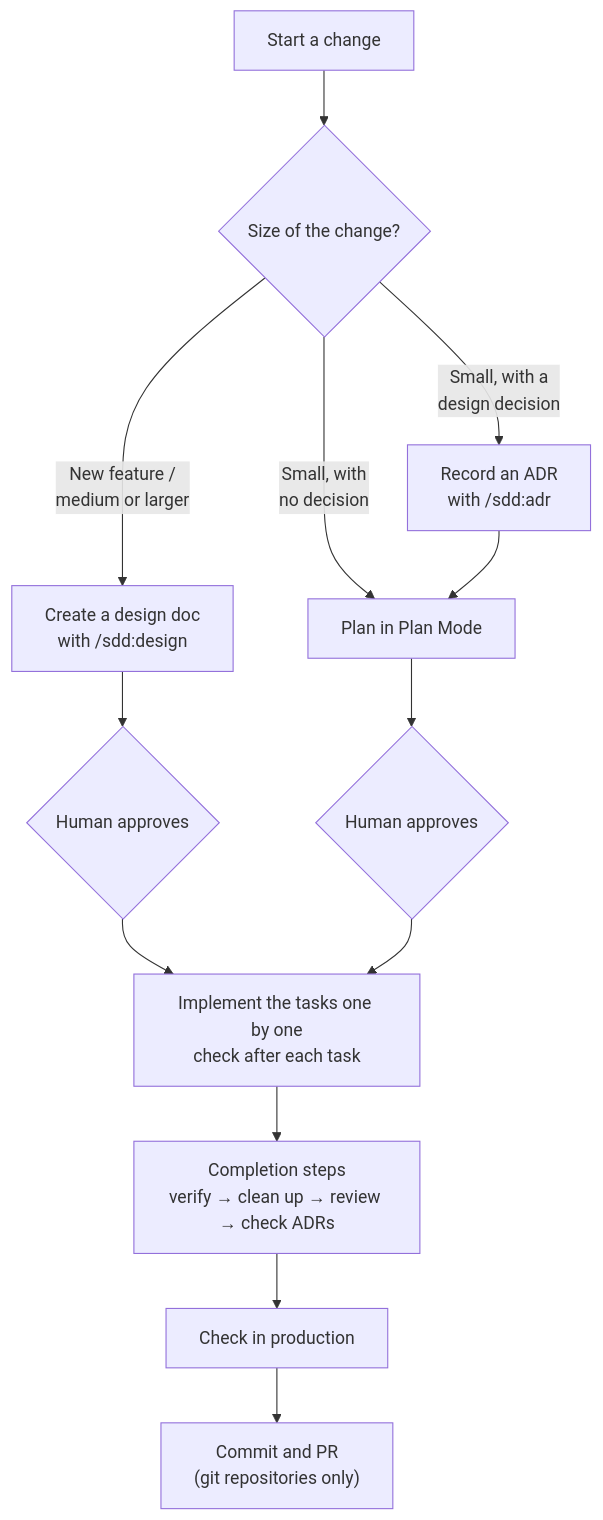
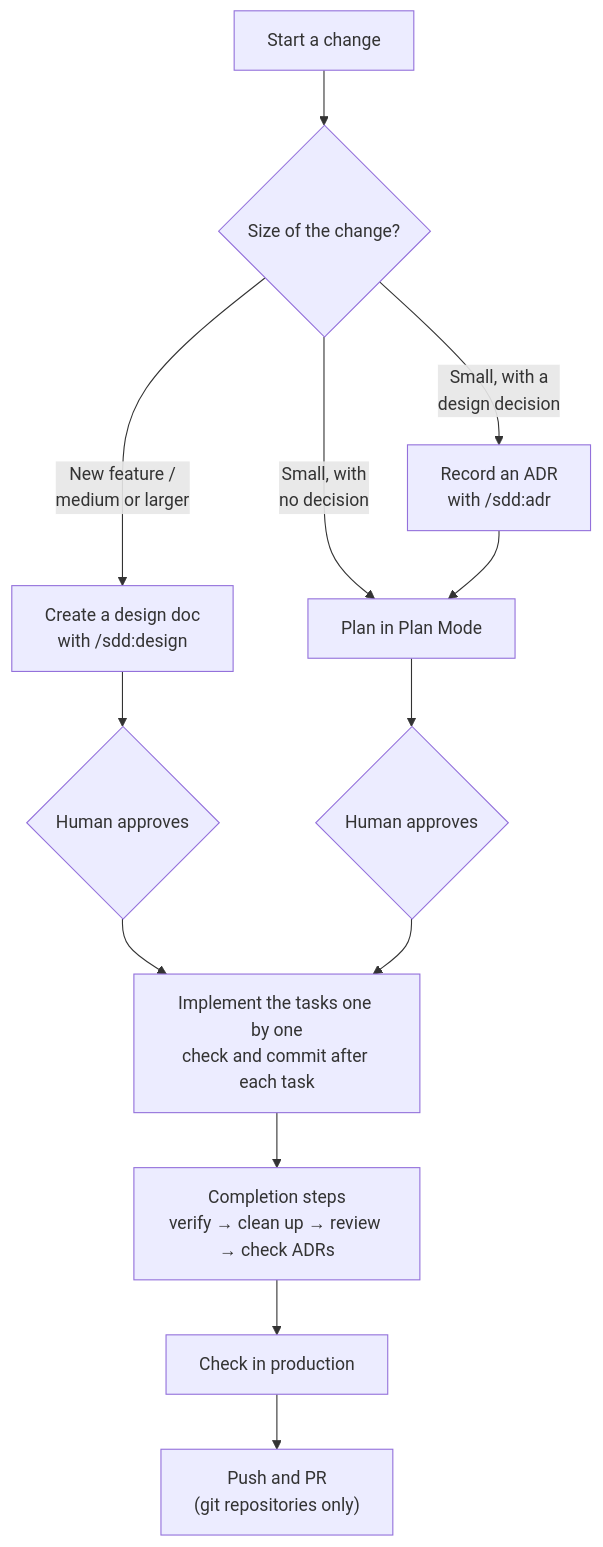
The diagram in plugins/sdd/skills/ask/guide.md (kibako-works/sdd-lite), drawn with Mermaid before and after one commit. The commit also changed other lines of this file and 2 other files, not shown here.

````diff
--- a/plugins/sdd/skills/ask/guide.md
+++ b/plugins/sdd/skills/ask/guide.md
@@ -7,15 +7,15 @@
 ```mermaid
 flowchart TD
     S["Start a change"] --> J{"Size of the change?"}
     J -->|"New feature /<br/>medium or larger"| D["Create a design doc<br/>with /sdd:design"]
     J -->|"Small, with a<br/>design decision"| A["Record an ADR<br/>with /sdd:adr"]
     J -->|"Small, with<br/>no decision"| P["Plan in Plan Mode"]
     D --> DA{"Human approves"}
     A --> P
-    DA --> I["Implement the tasks one by one<br/>check after each task"]
+    DA --> I["Implement the tasks one by one<br/>check and commit after each task"]
     P --> PA{"Human approves"}
     PA --> I
     I --> F["Completion steps<br/>verify → clean up → review → check ADRs"]
     F --> R["Check in production"]
-    R --> C["Commit and PR<br/>(git repositories only)"]
+    R --> C["Push and PR<br/>(git repositories only)"]
 ```
````
